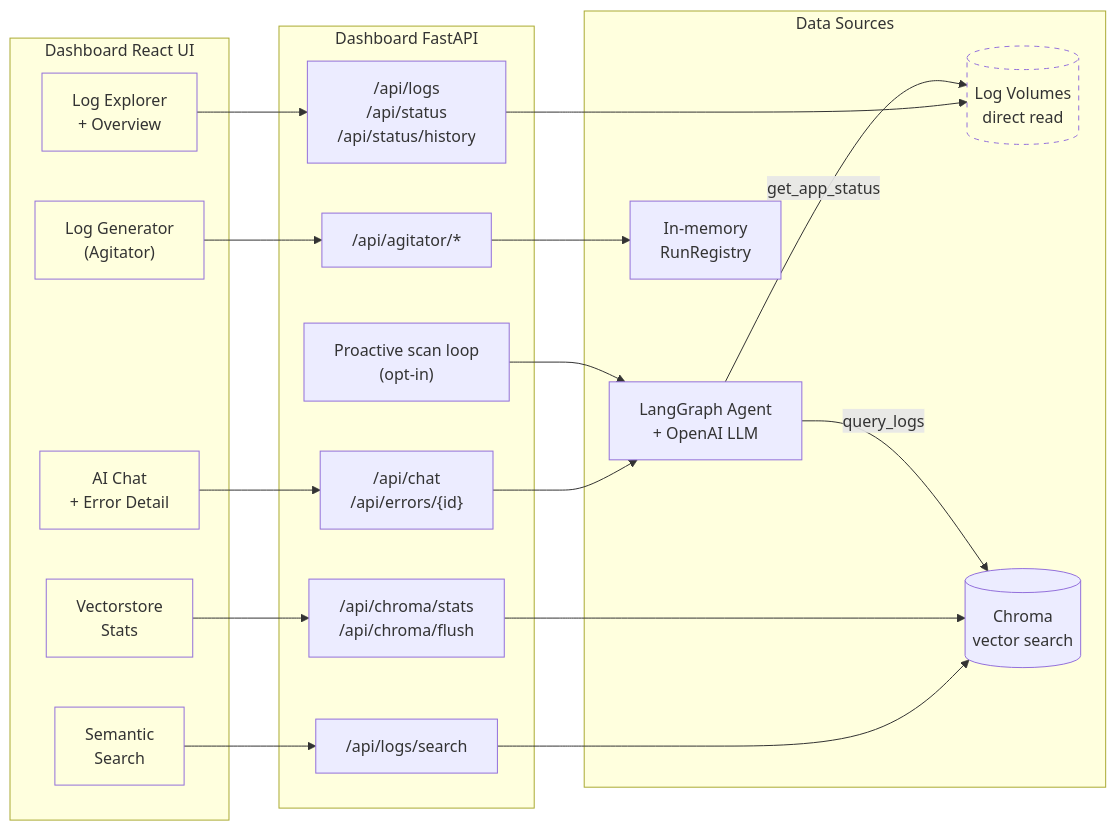
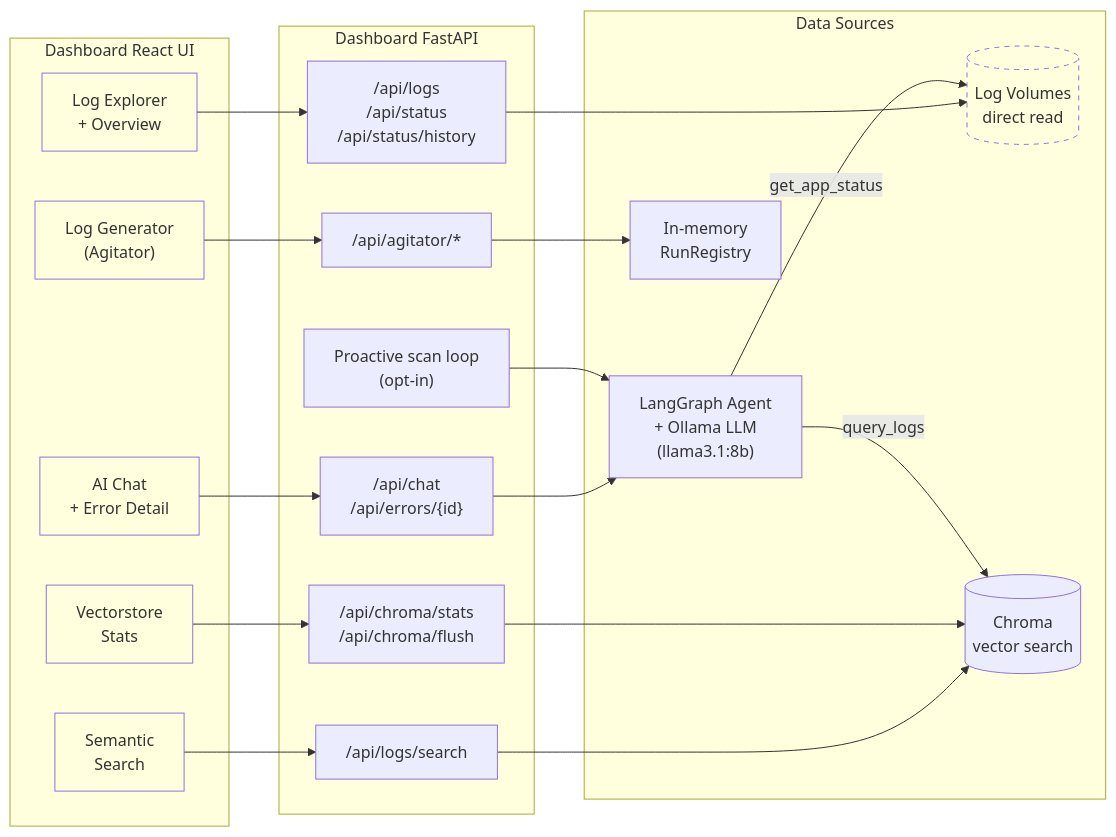
One commit to CumulusCycles/agentic-log-analysis-system changed the tenth of 14 diagrams in docs/architecture/system-integration.md. Above: the diagram before and after it, drawn with Mermaid. The commit also changed other lines of this file and 18 other files, not shown here.

````diff
--- a/docs/architecture/system-integration.md
+++ b/docs/architecture/system-integration.md
@@ -307,42 +302,42 @@
 ```mermaid
 graph LR
     subgraph UI["Dashboard React UI"]
         EXP["Log Explorer\n+ Overview"]
         SEARCH["Semantic\nSearch"]
         CHAT["AI Chat\n+ Error Detail"]
         VSTAT["Vectorstore\nStats"]
         AGIT["Log Generator\n(Agitator)"]
     end
 
     subgraph Backend["Dashboard FastAPI"]
         API1["/api/logs\n/api/status\n/api/status/history"]
         API2["/api/logs/search"]
         API3["/api/chat\n/api/errors/{id}"]
         API4["/api/chroma/stats\n/api/chroma/flush"]
         API5["/api/agitator/*"]
         LOOP["Proactive scan loop\n(opt-in)"]
     end
 
     subgraph DataSources["Data Sources"]
         VOLS[("Log Volumes\ndirect read")]
         CHR[("Chroma\nvector search")]
-        LG["LangGraph Agent\n+ OpenAI LLM"]
+        LG["LangGraph Agent\n+ Ollama LLM\n(llama3.1:8b)"]
         RUNS["In-memory\nRunRegistry"]
     end
 
     EXP --> API1 --> VOLS
     SEARCH --> API2 --> CHR
     CHAT --> API3 --> LG
     VSTAT --> API4 --> CHR
     AGIT --> API5 --> RUNS
     LOOP --> LG
     LG -->|query_logs| CHR
     LG -->|get_app_status| VOLS
 
     style VOLS fill:none,stroke-dasharray:5 5
     style EXP fill:none
     style SEARCH fill:none
     style CHAT fill:none
     style VSTAT fill:none
     style AGIT fill:none
 ```
````
